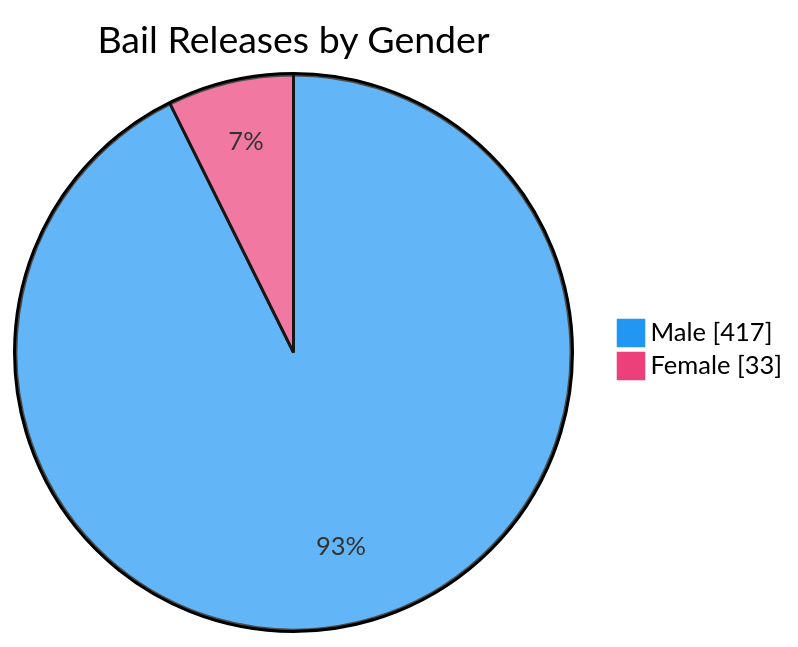
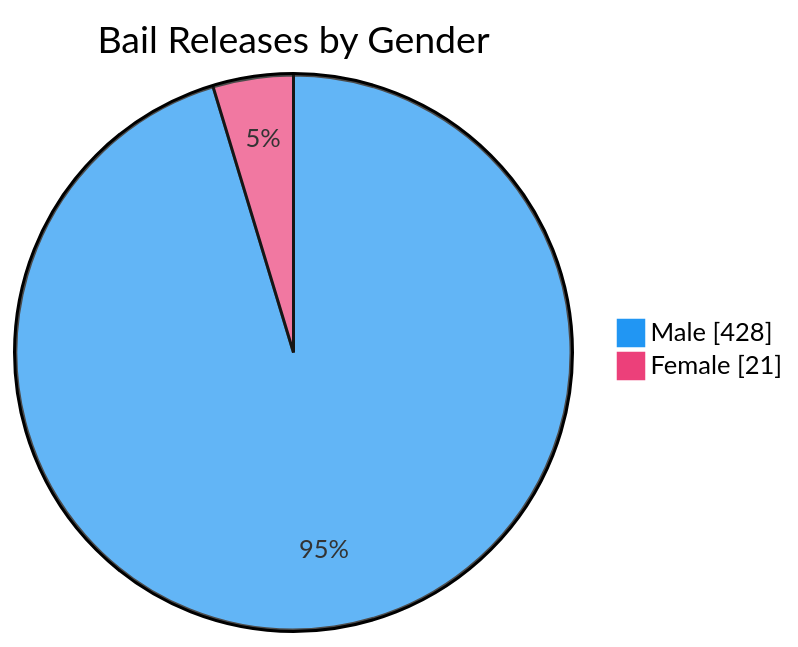
The seventh of 7 diagrams in README.md (nuuuwan/lk_prisons), drawn with Mermaid before and after one commit. The commit also changed other lines of this file and 1 other file, not shown here.

````diff
--- a/README.md
+++ b/README.md
@@ -109,6 +109,6 @@
 ```mermaid
 %%{init: {'themeVariables': {'pie1': '#2196F3', 'pie2': '#EC407A'}}}%%
 pie showData title Bail Releases by Gender
-    "Male" : 417
-    "Female" : 33
+    "Male" : 428
+    "Female" : 21
 ```
````
